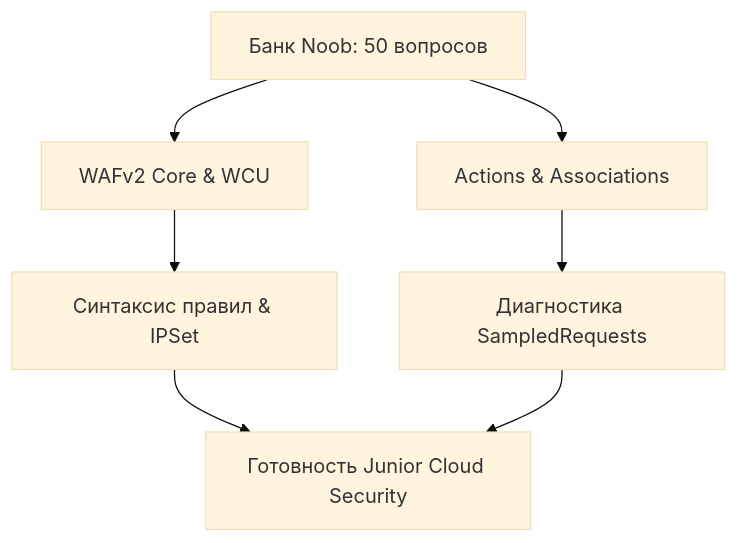
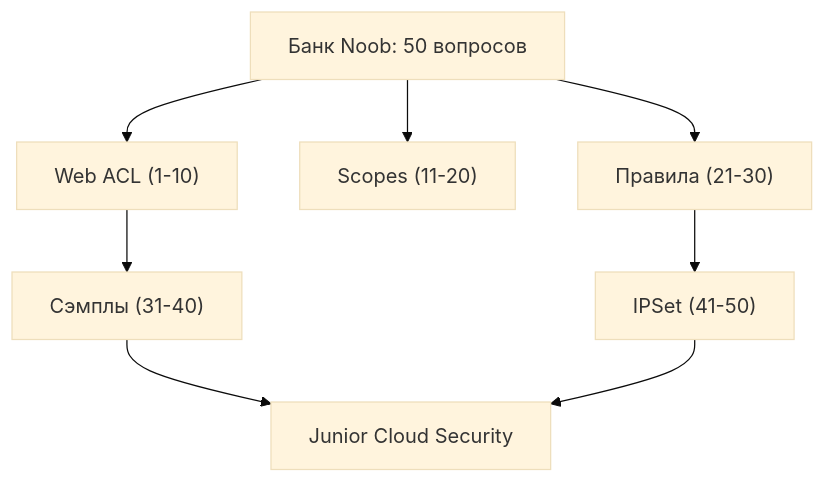
Before and after one commit to y-kolyada/aws-waf: the diagram in diagrams/13-assessment-noob-tree.mmd, drawn with Mermaid (base theme). The commit also changed 35 other files, not shown here.

```diff
--- a/diagrams/13-assessment-noob-tree.mmd
+++ b/diagrams/13-assessment-noob-tree.mmd
@@ -1,7 +1,8 @@
 flowchart TD
-    Bank["Банк Noob: 50 вопросов"] --> Core["WAFv2 Core & WCU"]
-    Bank --> Act["Actions & Associations"]
-    Core --> Rules["Синтаксис правил & IPSet"]
-    Act --> Sample["Диагностика SampledRequests"]
-    Rules --> Result["Готовность Junior Cloud Security"]
-    Sample --> Result
+    Bank["Банк Noob: 50 вопросов"] --> N1["Web ACL (1-10)"]
+    Bank --> N2["Scopes (11-20)"]
+    Bank --> N3["Правила (21-30)"]
+    N1 --> N4["Сэмплы (31-40)"]
+    N3 --> N5["IPSet (41-50)"]
+    N4 --> Goal["Junior Cloud Security"]
+    N5 --> Goal
```
